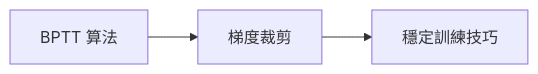
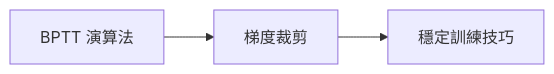
Before and after one commit to markl-a/My-AI-Learning-Notes: the third of 3 diagrams in 1.從AI到LLM基礎/4.DL/00.DL_Path/8_循環神經網路/README.md, drawn with Mermaid. The commit also changed other lines of this file and 273 other files, not shown here.

````diff
--- a/1.從AI到LLM基礎/4.DL/00.DL_Path/8_循環神經網路/README.md
+++ b/1.從AI到LLM基礎/4.DL/00.DL_Path/8_循環神經網路/README.md
@@ -91,5 +91,5 @@
 ```mermaid
 graph LR
-    A[BPTT 算法] --> B[梯度裁剪]
+    A[BPTT 演算法] --> B[梯度裁剪]
     B --> C[穩定訓練技巧]
 ```
````
